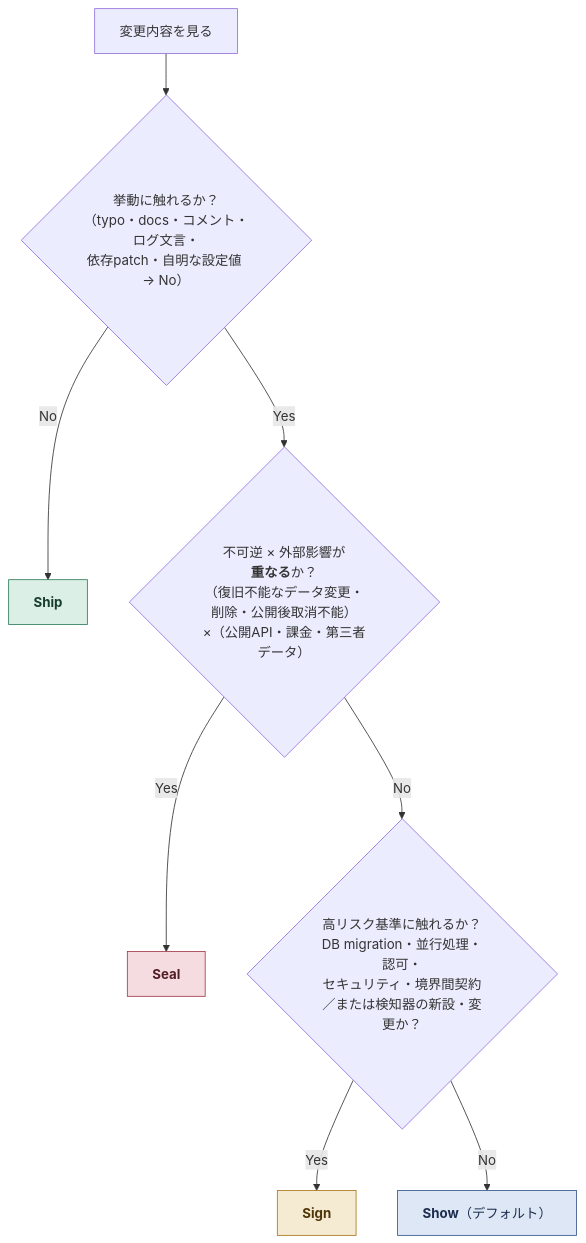
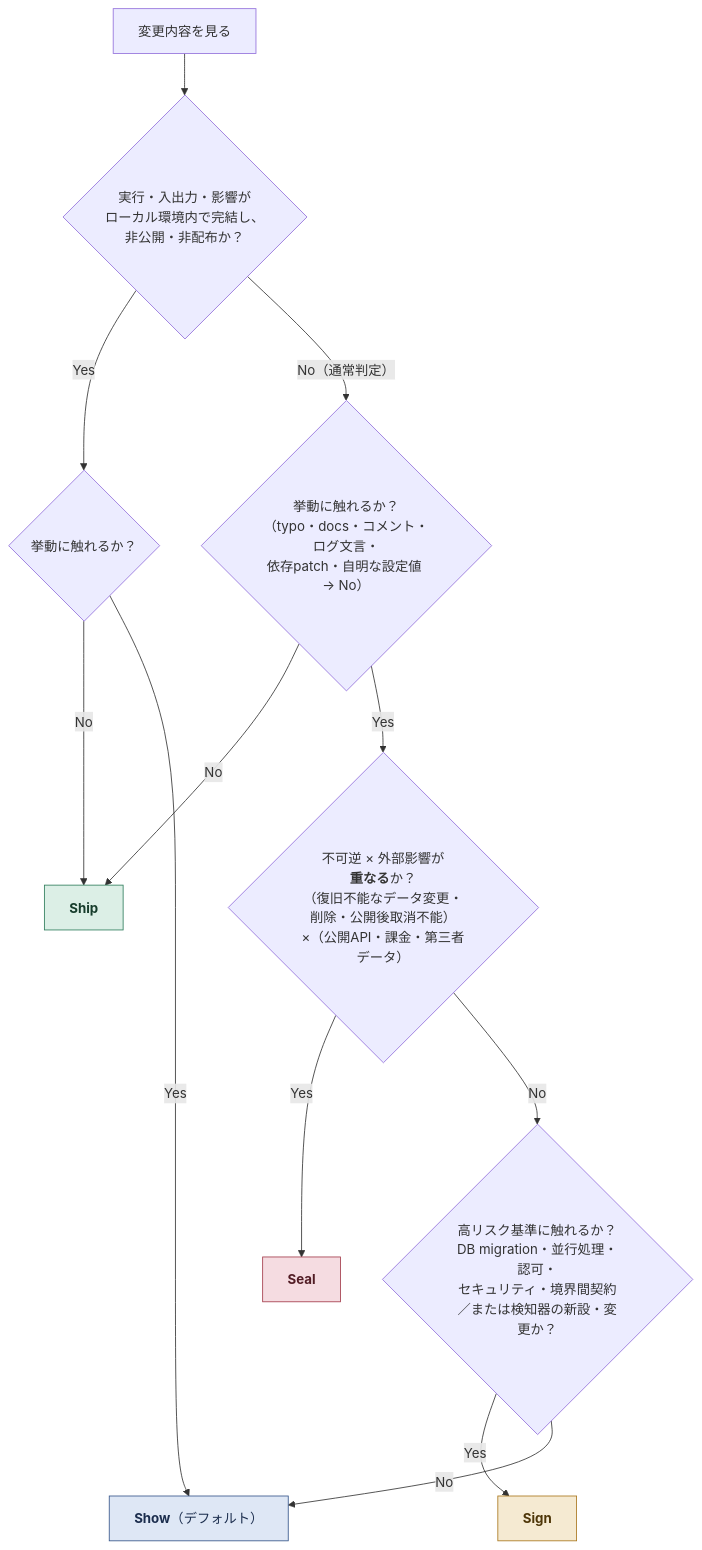
Before and after one commit to mizulba-dev/dev-method: the diagram in README.md, drawn with Mermaid. The commit also changed other lines of this file and 7 other files, not shown here.

````diff
--- a/README.md
+++ b/README.md
@@ -16,18 +16,22 @@
 ```mermaid
 flowchart TD
-  START["変更内容を見る"] --> Q1{"挙動に触れるか？<br/>（typo・docs・コメント・ログ文言・<br/>依存patch・自明な設定値 → No）"}
+  START["変更内容を見る"] --> Q0{"実行・入出力・影響が<br/>ローカル環境内で完結し、<br/>非公開・非配布か？"}
+  Q0 -->|"Yes"| QL{"挙動に触れるか？"}
+  QL -->|"No"| SHIP
+  QL -->|"Yes"| SHOW
+  Q0 -->|"No（通常判定）"| Q1{"挙動に触れるか？<br/>（typo・docs・コメント・ログ文言・<br/>依存patch・自明な設定値 → No）"}
   Q1 -->|"No"| SHIP["<b>Ship</b>"]
   Q1 -->|"Yes"| Q2{"不可逆 × 外部影響が<br/><b>重なる</b>か？<br/>（復旧不能なデータ変更・削除・公開後取消不能）<br/>×（公開API・課金・第三者データ）"}
   Q2 -->|"Yes"| SEAL["<b>Seal</b>"]
   Q2 -->|"No"| Q3{"高リスク基準に触れるか？<br/>DB migration・並行処理・認可・<br/>セキュリティ・境界間契約<br/>／または検知器の新設・変更か？"}
   Q3 -->|"Yes"| SIGN["<b>Sign</b>"]
   Q3 -->|"No"| SHOW["<b>Show</b>（デフォルト）"]
   classDef ship fill:#DCEFE6,stroke:#2E7D5B,color:#173D2C
   classDef show fill:#DEE7F5,stroke:#35558A,color:#1C2E4E
   classDef sign fill:#F5EAD2,stroke:#A9761C,color:#4E3608
   classDef seal fill:#F5DCE1,stroke:#A33B4A,color:#521D25
   class SHIP ship
   class SHOW show
   class SIGN sign
   class SEAL seal
 ```
````
